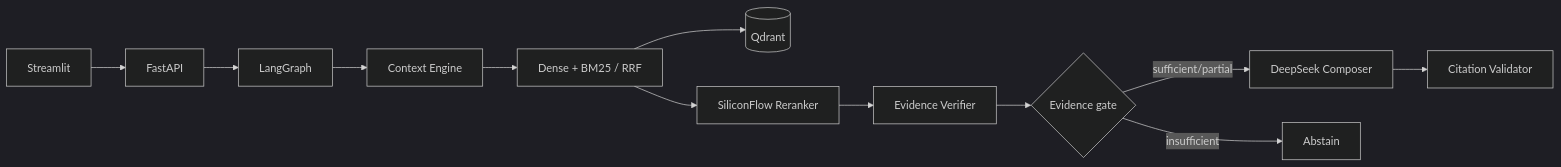
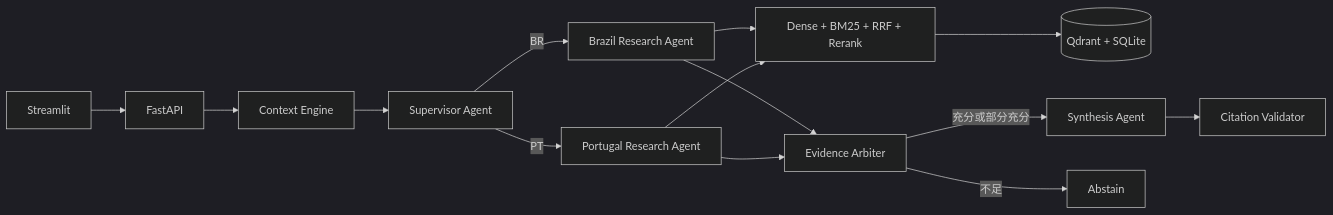
The diagram in README.md (SiegeLionDCM/china-portugal-trade-rag), drawn with Mermaid (dark theme) before and after one commit. The commit also changed other lines of this file and 12 other files, not shown here.

````diff
--- a/README.md
+++ b/README.md
@@ -20,14 +20,16 @@
 ```mermaid
 flowchart LR
   UI[Streamlit] --> API[FastAPI]
-  API --> G[LangGraph]
-  G --> C[Context Engine]
-  C --> R[Dense + BM25 / RRF]
-  R --> Q[(Qdrant)]
-  R --> RR[SiliconFlow Reranker]
-  RR --> V[Evidence Verifier]
-  V --> D{Evidence gate}
-  D -->|sufficient/partial| L[DeepSeek Composer]
-  D -->|insufficient| A[Abstain]
-  L --> CV[Citation Validator]
+  API --> C[Context Engine]
+  C --> S[Supervisor Agent]
+  S -->|BR| BR[Brazil Research Agent]
+  S -->|PT| PT[Portugal Research Agent]
+  BR --> R[Dense + BM25 + RRF + Rerank]
+  PT --> R
+  R --> Q[(Qdrant + SQLite)]
+  BR --> EA[Evidence Arbiter]
+  PT --> EA
+  EA -->|充分或部分充分| SY[Synthesis Agent]
+  EA -->|不足| AB[Abstain]
+  SY --> CV[Citation Validator]
 ```
````
